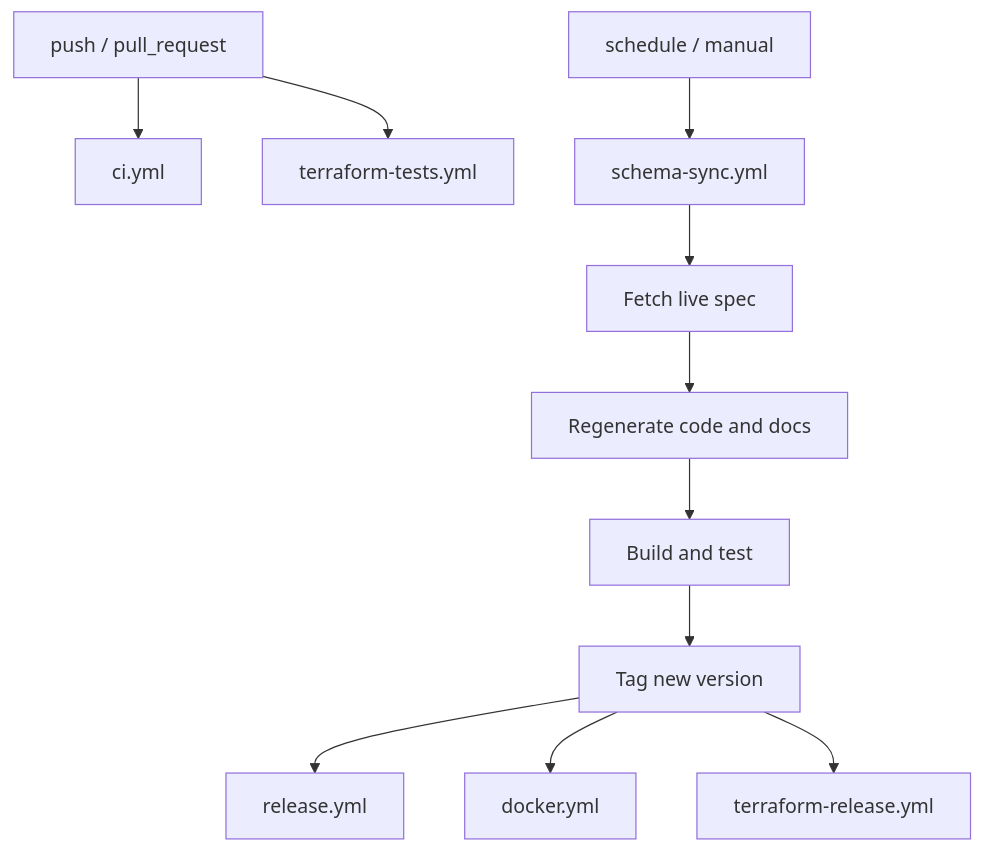
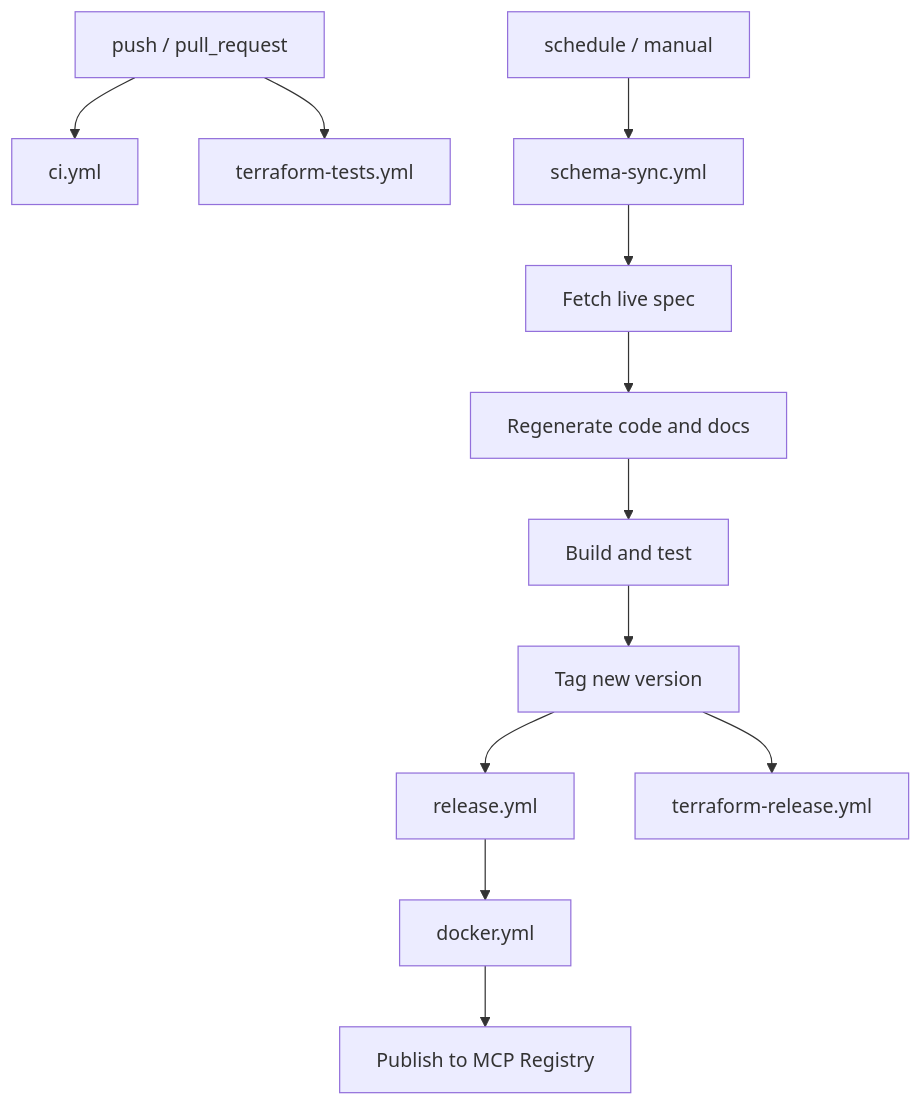
The second of 2 diagrams in README.md (FabianSchurig/bitbucket-cli), drawn with Mermaid before and after one commit. The commit also changed other lines of this file and 2 other files, not shown here.

First line of the commit message:
docs: update README, CLI, and MCP guides with Docker and MCP Registry info

````diff
--- a/README.md
+++ b/README.md
@@ -76,13 +76,14 @@
 ```mermaid
 flowchart TD
     A[push / pull_request] --> B[ci.yml]
     A --> C[terraform-tests.yml]
     D[schedule / manual] --> E[schema-sync.yml]
     E --> F[Fetch live spec]
     F --> G[Regenerate code and docs]
     G --> H[Build and test]
     H --> I[Tag new version]
     I --> J[release.yml]
-    I --> K[docker.yml]
+    J --> K[docker.yml]
     I --> L[terraform-release.yml]
+    K --> M[Publish to MCP Registry]
 ```
````
